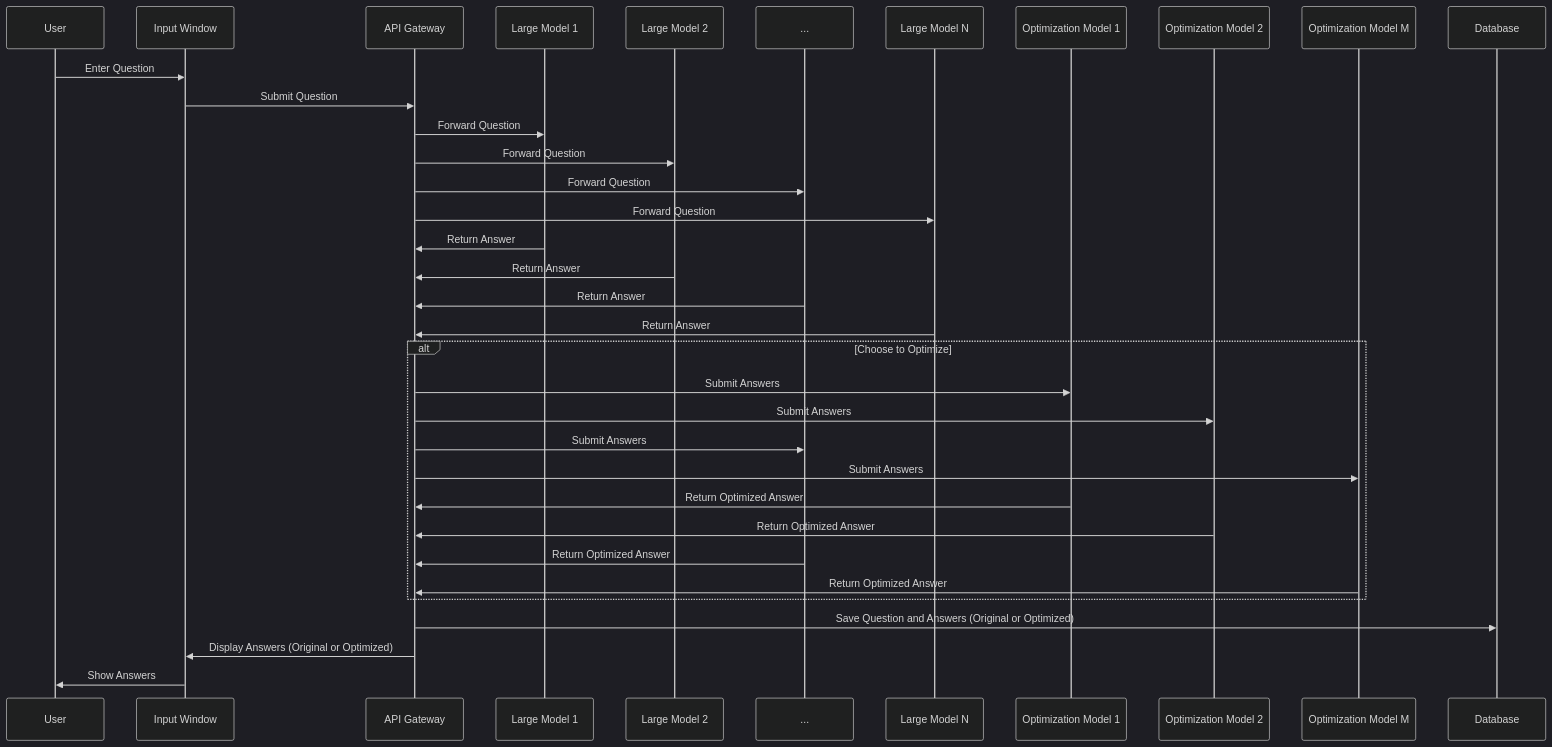
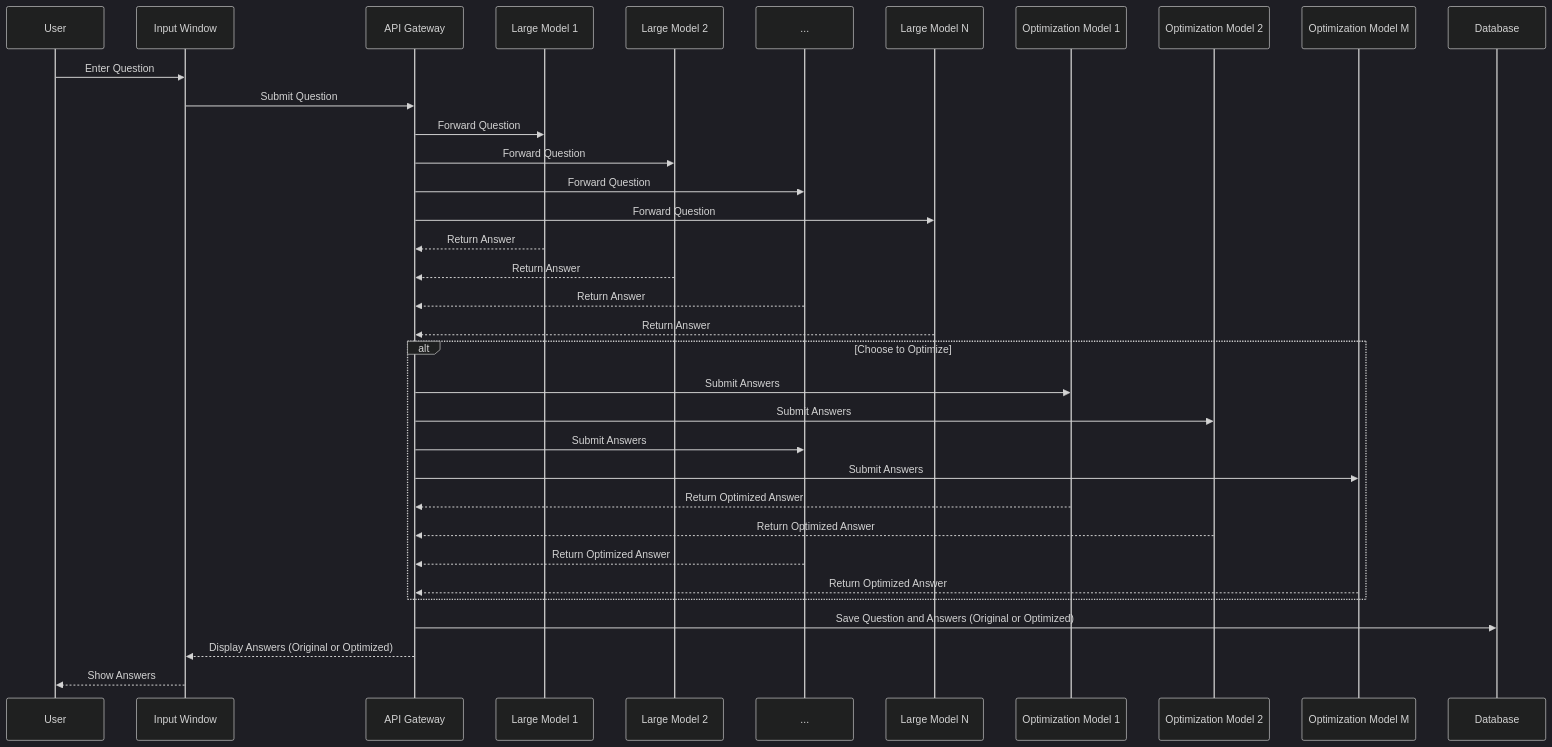
The diagram in 选修/软件工程/软件工程设计/image/shunxutu2.md (KingDandanr/XDU_CS), drawn with Mermaid (dark theme) before and after one commit. The commit also changed 5 other files, not shown here.

````diff
--- a/选修/软件工程/软件工程设计/image/shunxutu2.md
+++ b/选修/软件工程/软件工程设计/image/shunxutu2.md
@@ -1,39 +1,39 @@
 ```mermaid
 sequenceDiagram
     participant User
     participant Input Window
     participant API Gateway
     participant Large Model 1
     participant Large Model 2
     participant ...
     participant Large Model N
     participant Optimization Model 1
     participant Optimization Model 2
     participant ...
     participant Optimization Model M
     participant Database
 
     User ->> Input Window: Enter Question
     Input Window ->> API Gateway: Submit Question
     API Gateway ->> Large Model 1: Forward Question
     API Gateway ->> Large Model 2: Forward Question
     API Gateway ->> ...: Forward Question
     API Gateway ->> Large Model N: Forward Question
-    Large Model 1 ->> API Gateway: Return Answer
-    Large Model 2 ->> API Gateway: Return Answer
-    ... ->> API Gateway: Return Answer
-    Large Model N ->> API Gateway: Return Answer
+    Large Model 1 -->> API Gateway: Return Answer
+    Large Model 2 -->> API Gateway: Return Answer
+    ... -->> API Gateway: Return Answer
+    Large Model N -->> API Gateway: Return Answer
     alt Choose to Optimize
         API Gateway ->> Optimization Model 1: Submit Answers
         API Gateway ->> Optimization Model 2: Submit Answers
         API Gateway ->> ...: Submit Answers
         API Gateway ->> Optimization Model M: Submit Answers
-        Optimization Model 1 ->> API Gateway: Return Optimized Answer
-        Optimization Model 2 ->> API Gateway: Return Optimized Answer
-        ... ->> API Gateway: Return Optimized Answer
-        Optimization Model M ->> API Gateway: Return Optimized Answer
+        Optimization Model 1 -->> API Gateway: Return Optimized Answer
+        Optimization Model 2 -->> API Gateway: Return Optimized Answer
+        ... -->> API Gateway: Return Optimized Answer
+        Optimization Model M -->> API Gateway: Return Optimized Answer
     end
     API Gateway ->> Database: Save Question and Answers (Original or Optimized)
-    API Gateway ->> Input Window: Display Answers (Original or Optimized)
-    Input Window ->> User: Show Answers
+    API Gateway -->> Input Window: Display Answers (Original or Optimized)
+    Input Window -->> User: Show Answers
 ```
````
